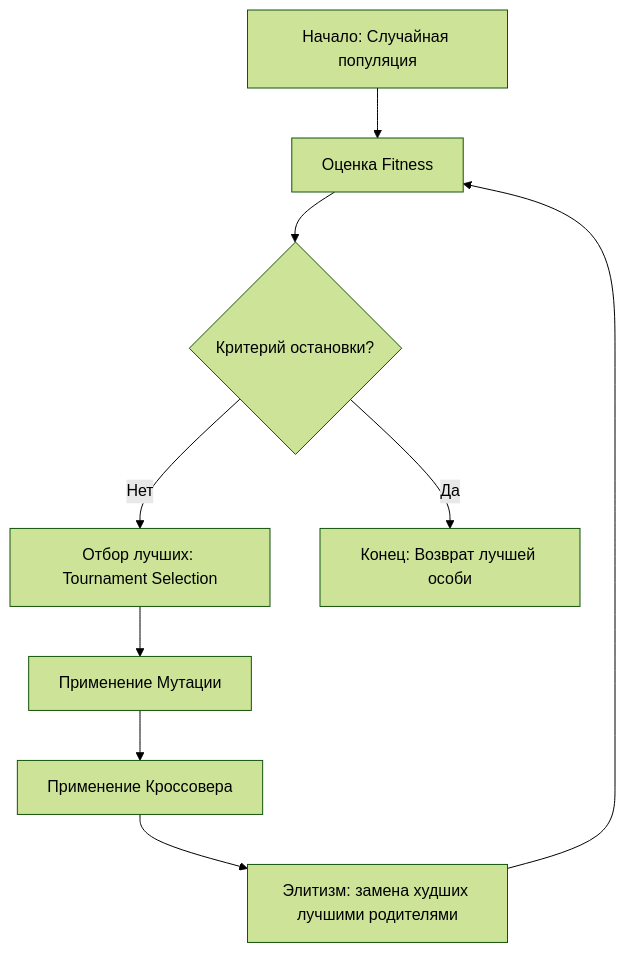
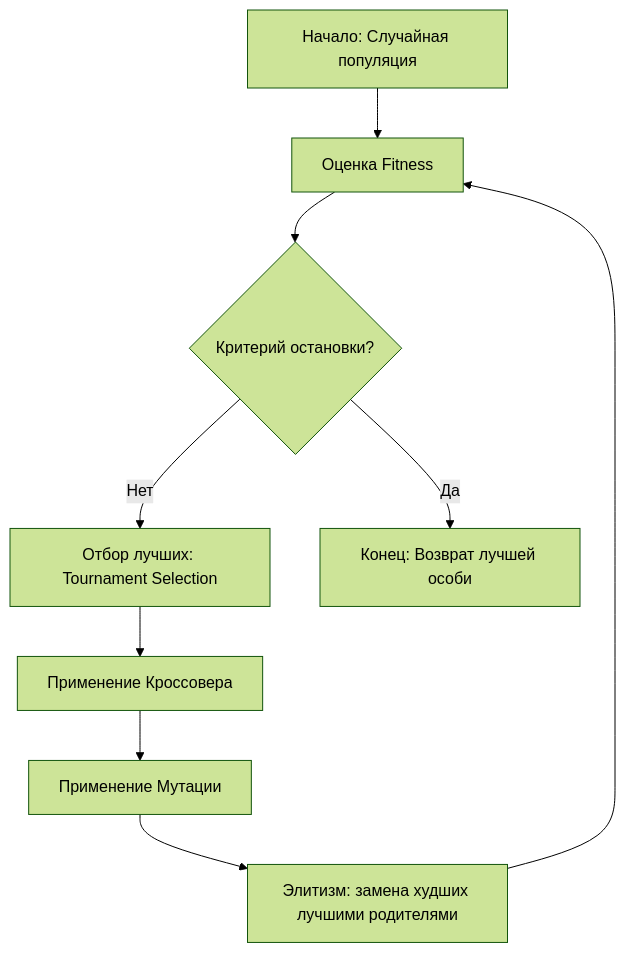
One commit to TimurPshITMO/HEP changed the first of 2 diagrams in docs/architecture.md. Above: the diagram before and after it, drawn with Mermaid (forest theme). The commit also changed other lines of this file and 2 other files, not shown here.

````diff
--- a/docs/architecture.md
+++ b/docs/architecture.md
@@ -9,11 +9,11 @@
 ```mermaid
 graph TD
     A[Начало: Случайная популяция] --> B[Оценка Fitness];
     B --> C{Критерий остановки?};
     C -- Нет --> D[Отбор лучших: Tournament Selection];
-    D --> E[Применение Мутации];
-    E --> F[Применение Кроссовера];
+    D --> E[Применение Кроссовера];
+    E --> F[Применение Мутации];
     F --> G[Элитизм: замена худших лучшими родителями];
     G --> B;
     C -- Да --> H[Конец: Возврат лучшей особи];
 ```
````
